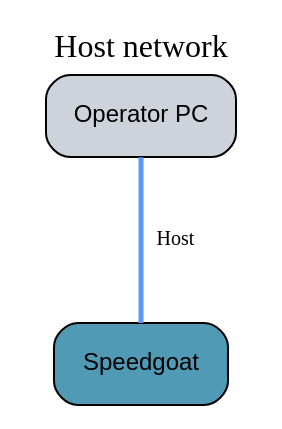
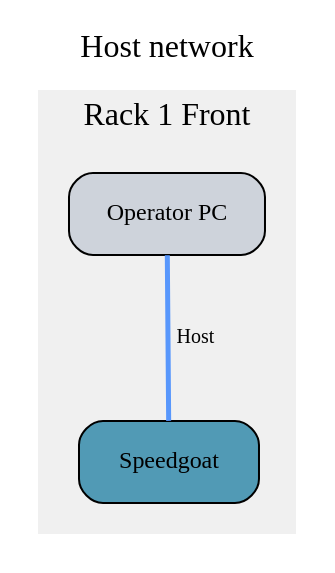
Before and after one commit to BenjiPestell/rack-diagram-demo: the diagram in wiring_host_network.dot, drawn with Graphviz. The commit also changed 11 other files, not shown here.

```diff
--- a/wiring_host_network.dot
+++ b/wiring_host_network.dot
@@ -1,44 +1,57 @@
 graph "Host network" {
 
   graph [
     rankdir=TB,
     nodesep=0.5,
     ranksep=1.0,
     bgcolor="white",
     label="Host network",
     labelloc=t,
     fontsize=16,
-    fontname="Arial Bold"
+    fontname="Sinkin Sans"
   ];
 
   node [
     shape=box,
     style="rounded,filled",
     fillcolor="#E8F4F8",
     fontsize=12,
-    fontname="Arial",
+    fontname="Sinkin Sans",
     margin=0.2
   ];
 
   edge [
     color="#5897fc",
     style=solid,
     penwidth=2.5
   ];
 
-  // Devices by rack
+  // Devices organized by rack
+
+  subgraph cluster_rack1_front {
+    label="Rack 1 Front";
+    style=filled;
+    color="#F0F0F0";
+    fontname="Sinkin Sans";
+    margin=15;
+
     "Operator_PC" [
       label="Operator PC",
       fillcolor="#ced3db"
     ];
     "Speedgoat" [
       label="Speedgoat",
       fillcolor="#519AB5"
     ];
 
-  // Connections
+    // Vertical stacking within rack
+    "Operator_PC" -- "Speedgoat" [style=invis];
+  }
+
+  // Connections between devices
+
   "Operator_PC" -- "Speedgoat" [
-    color="#5897fc", style=solid, penwidth=2.5, label="  Host  ", fontsize=10
+    color="#5897fc", style=solid, penwidth=2.5, label="  Host  ", fontsize=10, fontname="Sinkin Sans"
   ];
 
 }
```
